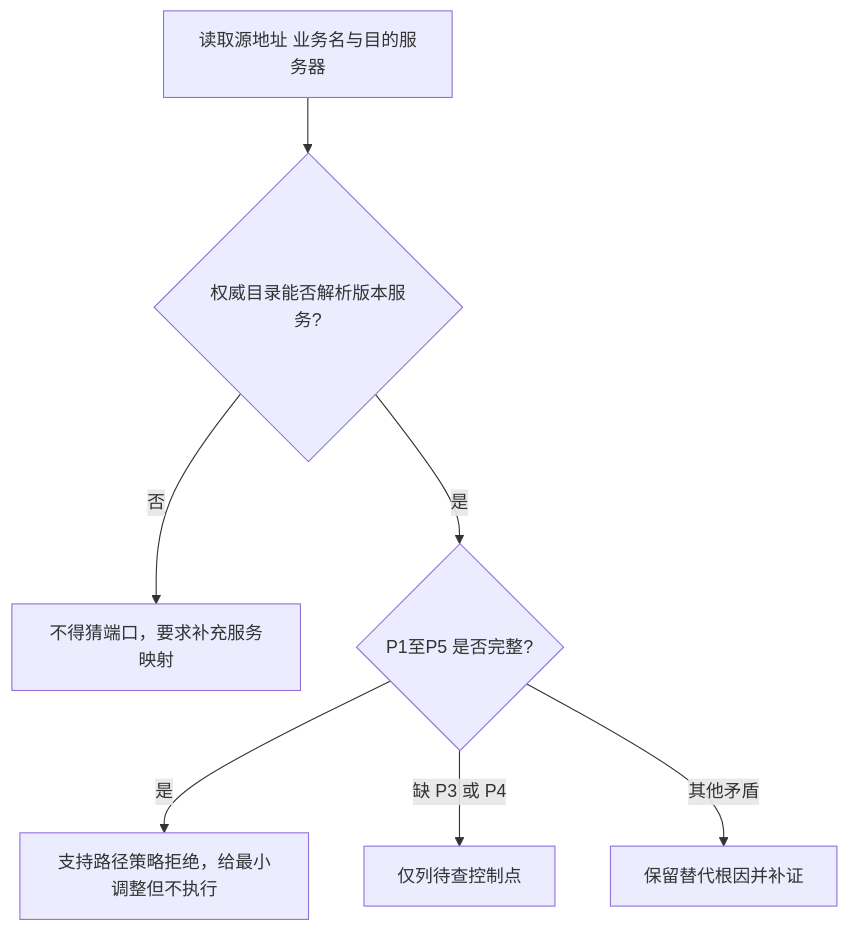
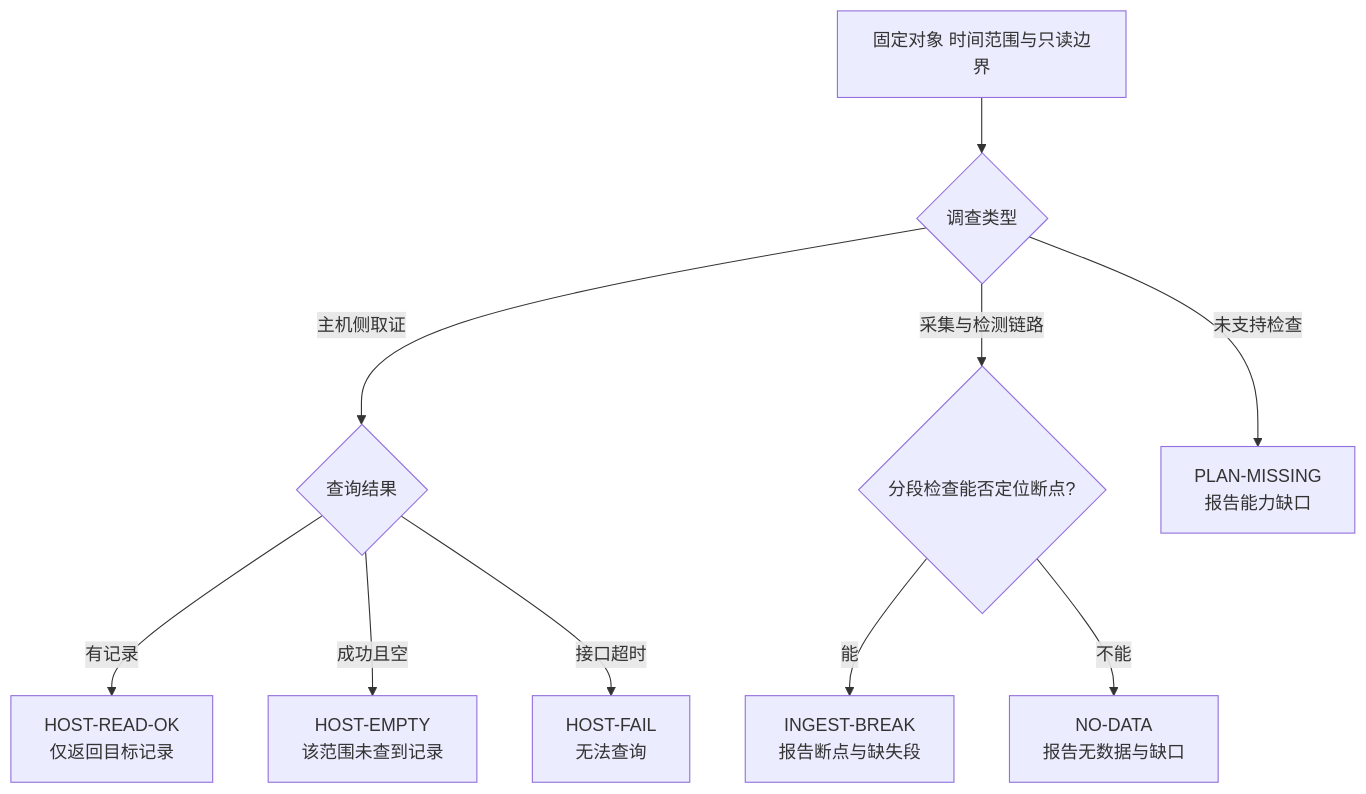
Before and after one commit to wr5912/ai-agent-harness: the tenth of 16 diagrams in agents/security-operations-expert/evaluation.md, drawn with Mermaid. The commit also changed other lines of this file and 1 other file, not shown here.

````diff
--- a/agents/security-operations-expert/evaluation.md
+++ b/agents/security-operations-expert/evaluation.md
@@ -354,9 +356,12 @@
 ```mermaid
 flowchart TD
-    START[读取源地址 业务名与目的服务器] --> DIRECTORY{权威目录能否解析版本服务?}
-    DIRECTORY -- 否 --> CLARIFY[不得猜端口，要求补充服务映射]
-    DIRECTORY -- 是 --> EVIDENCE{P1至P5 是否完整?}
-    EVIDENCE -- 是 --> POLICY_ROOT[支持路径策略拒绝，给最小调整但不执行]
-    EVIDENCE -- 缺 P3 或 P4 --> GAP[仅列待查控制点]
-    EVIDENCE -- 其他矛盾 --> ALTERNATIVE[保留替代根因并补证]
+    START[固定对象 时间范围与只读边界] --> KIND{调查类型}
+    KIND -- 主机侧取证 --> QUERY{查询结果}
+    QUERY -- 有记录 --> OK[HOST-READ-OK<br/>仅返回目标记录]
+    QUERY -- 成功且空 --> EMPTY[HOST-EMPTY<br/>该范围未查到记录]
+    QUERY -- 接口超时 --> FAIL[HOST-FAIL<br/>无法查询]
+    KIND -- 采集与检测链路 --> SEG{分段检查能否定位断点?}
+    SEG -- 能 --> BREAK[INGEST-BREAK<br/>报告断点与缺失段]
+    SEG -- 不能 --> NODATA[NO-DATA<br/>报告无数据与缺口]
+    KIND -- 未支持检查 --> PLAN_MISSING[PLAN-MISSING<br/>报告能力缺口]
 ```
````
